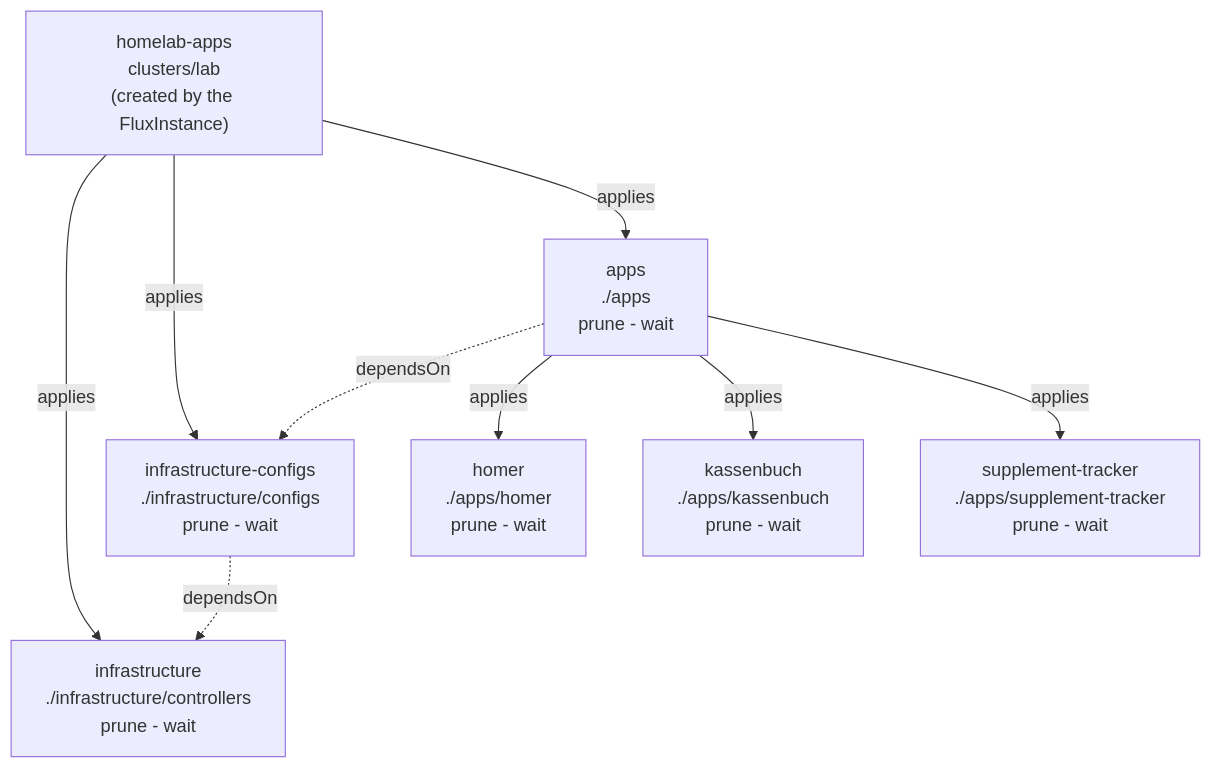
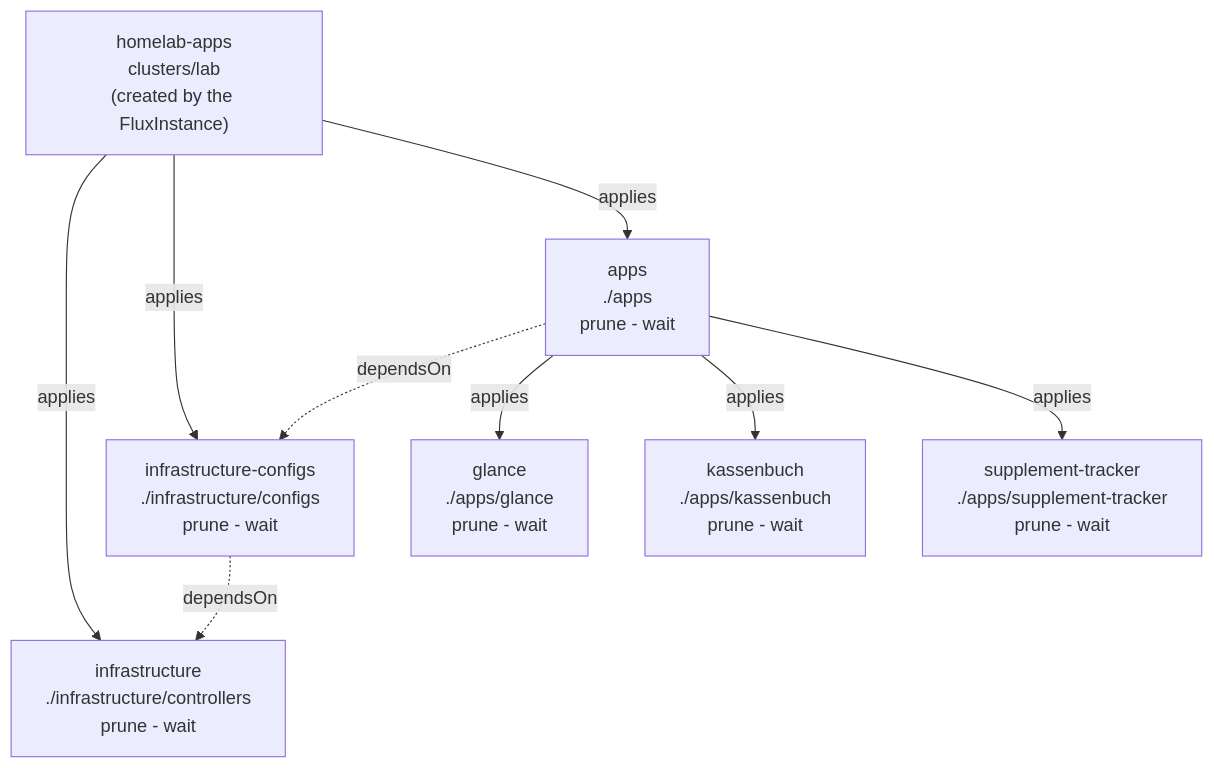
Before and after one commit to Sojamann/homelab-apps: the diagram in README.md, drawn with Mermaid. The commit also changed other lines of this file and 11 other files, not shown here.

Commit message:
replace homer with glance: bookmarks plus release tracking

````diff
--- a/README.md
+++ b/README.md
@@ -17,15 +17,15 @@
 ```mermaid
 graph TD
   ROOT["homelab-apps<br/>clusters/lab<br/>(created by the FluxInstance)"]
 
   ROOT -->|applies| INFRA["infrastructure<br/>./infrastructure/controllers<br/>prune - wait"]
   ROOT -->|applies| CFG["infrastructure-configs<br/>./infrastructure/configs<br/>prune - wait"]
   ROOT -->|applies| APPS["apps<br/>./apps<br/>prune - wait"]
 
   CFG -.->|dependsOn| INFRA
   APPS -.->|dependsOn| CFG
 
-  APPS -->|applies| HM["homer<br/>./apps/homer<br/>prune - wait"]
+  APPS -->|applies| GL["glance<br/>./apps/glance<br/>prune - wait"]
   APPS -->|applies| KB["kassenbuch<br/>./apps/kassenbuch<br/>prune - wait"]
   APPS -->|applies| ST["supplement-tracker<br/>./apps/supplement-tracker<br/>prune - wait"]
 ```
````
